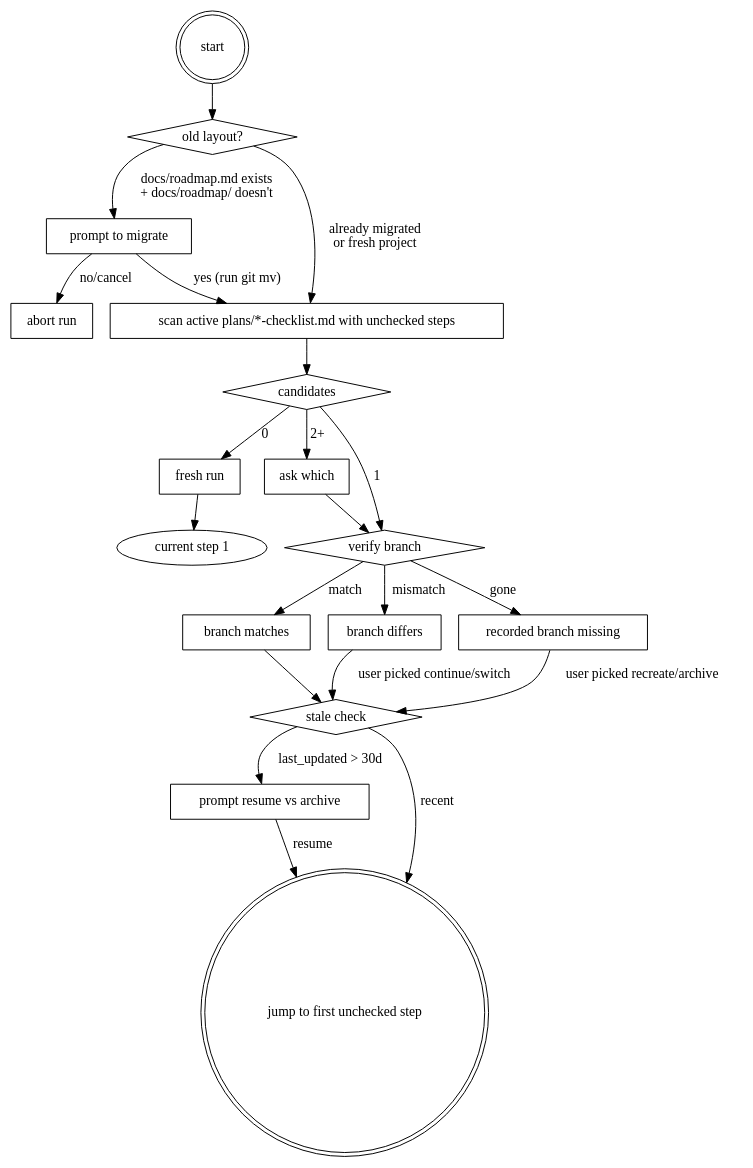
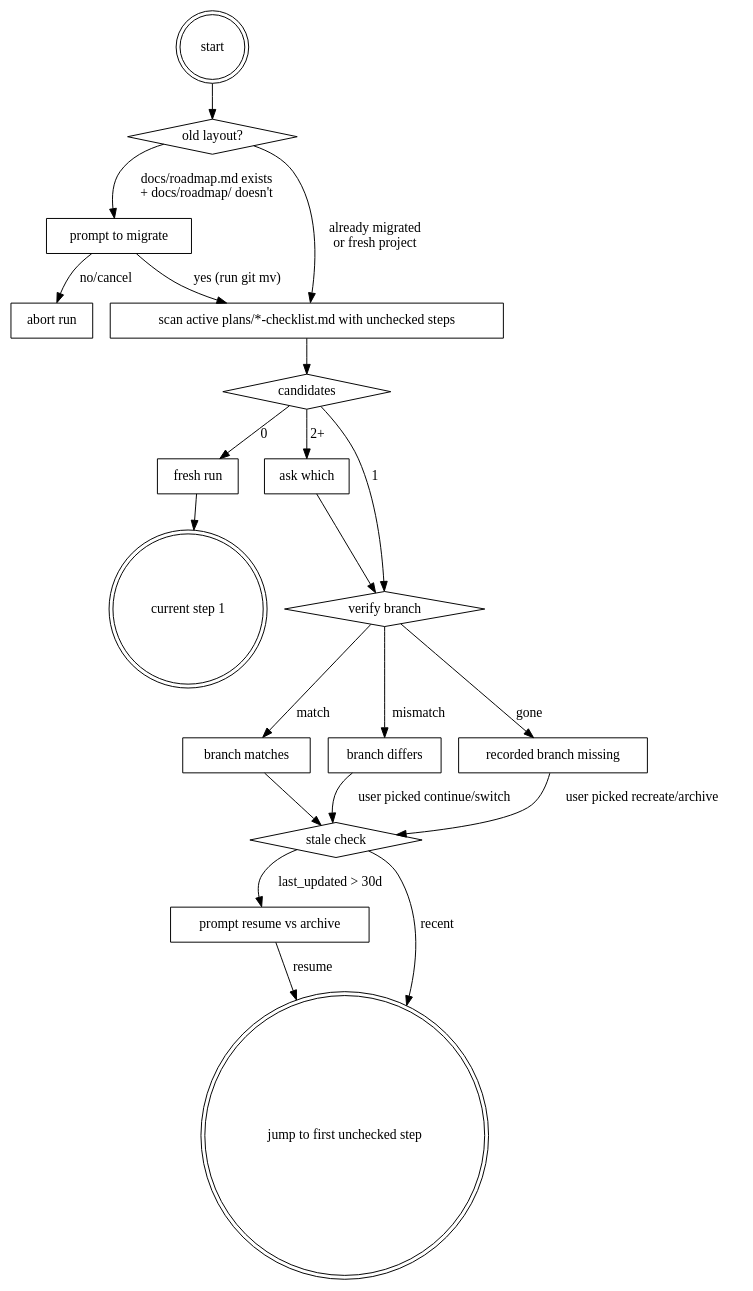
Before and after one commit to Ovid/paad: the diagram in .claude/skills/roadmap/SKILL.md, drawn with Graphviz. The commit also changed 1 other file, not shown here.

Commit message:
/roadmap: declare missing 'current step 1' node in §0 digraph
The "fresh run" -> "current step 1" edge targeted an undeclared node;
graphviz auto-created it as a default oval. Declaring it as a
doublecircle (matching the other terminal sink, "jump to first
unchecked step") makes the flow's two terminal states visually
consistent. Same defect fixed in the design source.

````diff
--- a/.claude/skills/roadmap/SKILL.md
+++ b/.claude/skills/roadmap/SKILL.md
@@ -111,40 +111,41 @@
 ```dot
 digraph step0 {
   "start" [shape=doublecircle];
   "old layout?" [shape=diamond];
   "prompt to migrate" [shape=box];
   "abort run" [shape=box];
   "scan active plans/*-checklist.md with unchecked steps" [shape=box];
   "candidates" [shape=diamond];
   "fresh run" [shape=box];
   "ask which" [shape=box];
   "verify branch" [shape=diamond];
   "branch matches" [shape=box];
   "branch differs" [shape=box];
   "recorded branch missing" [shape=box];
   "stale check" [shape=diamond];
   "prompt resume vs archive" [shape=box];
   "jump to first unchecked step" [shape=doublecircle];
+  "current step 1" [shape=doublecircle];
 
   "start" -> "old layout?";
   "old layout?" -> "prompt to migrate" [label="docs/roadmap.md exists\n+ docs/roadmap/ doesn't"];
   "old layout?" -> "scan active plans/*-checklist.md with unchecked steps" [label="already migrated\nor fresh project"];
   "prompt to migrate" -> "scan active plans/*-checklist.md with unchecked steps" [label="yes (run git mv)"];
   "prompt to migrate" -> "abort run" [label="no/cancel"];
   "scan active plans/*-checklist.md with unchecked steps" -> "candidates";
   "candidates" -> "fresh run" [label="0"];
   "candidates" -> "verify branch" [label="1"];
   "candidates" -> "ask which" [label="2+"];
   "ask which" -> "verify branch";
   "verify branch" -> "branch matches" [label="match"];
   "verify branch" -> "branch differs" [label="mismatch"];
   "verify branch" -> "recorded branch missing" [label="gone"];
   "branch matches" -> "stale check";
   "branch differs" -> "stale check" [label="user picked continue/switch"];
   "recorded branch missing" -> "stale check" [label="user picked recreate/archive"];
   "stale check" -> "prompt resume vs archive" [label="last_updated > 30d"];
   "stale check" -> "jump to first unchecked step" [label="recent"];
   "prompt resume vs archive" -> "jump to first unchecked step" [label="resume"];
   "fresh run" -> "current step 1";
 }
 ```
````
